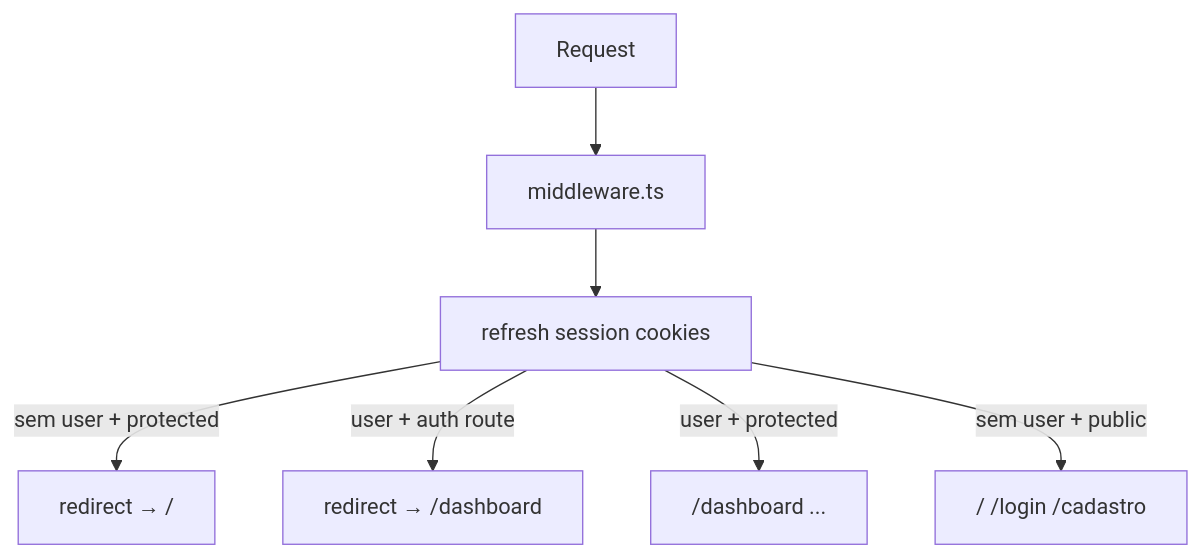
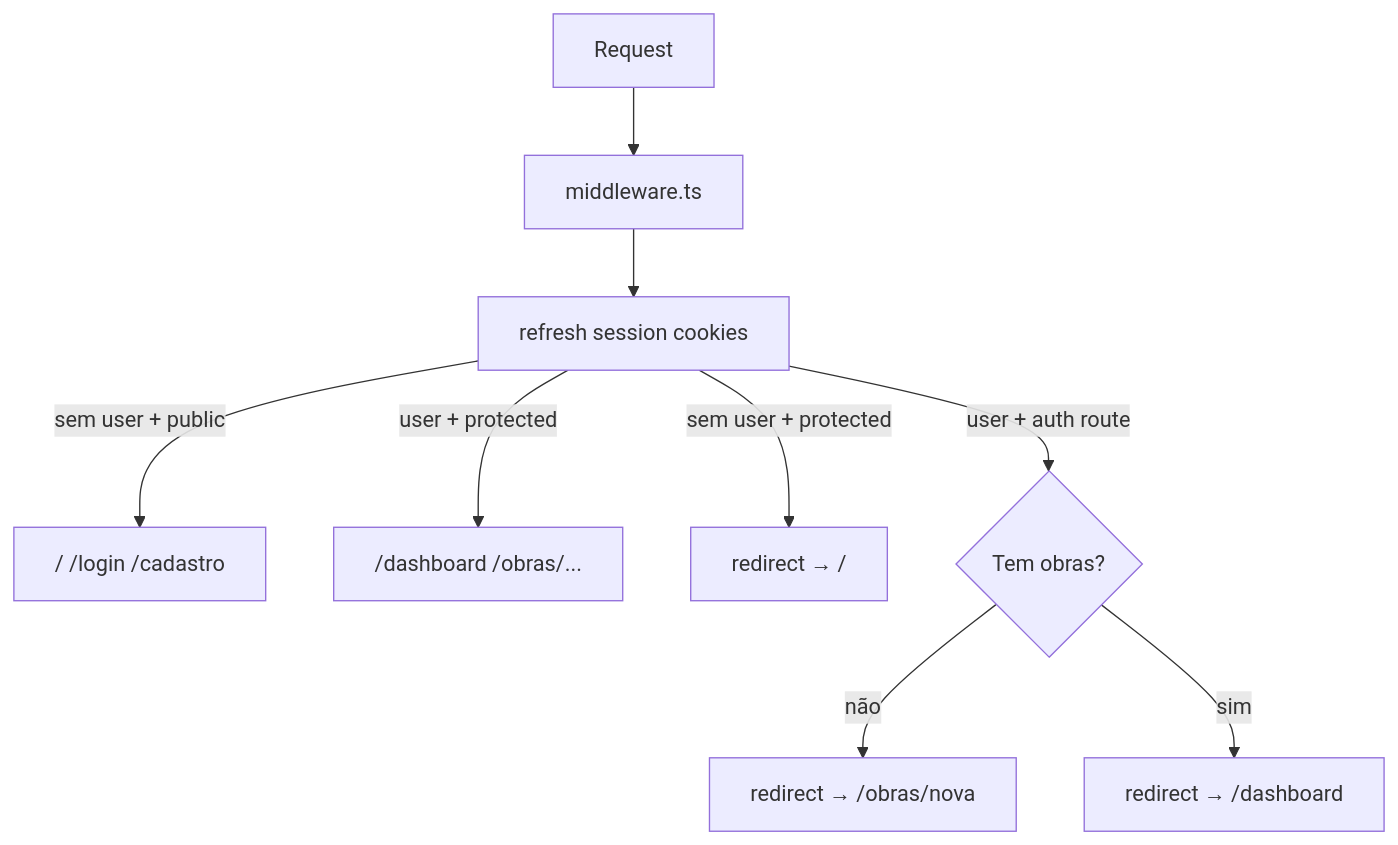
Before and after one commit to suporteobrioai-crypto/OBRIO: the second of 2 diagrams in docs/ARCHITECTURE.md, drawn with Mermaid. The commit also changed other lines of this file and 10 other files, not shown here.

````diff
--- a/docs/ARCHITECTURE.md
+++ b/docs/ARCHITECTURE.md
@@ -101,16 +101,20 @@
 ```mermaid
 flowchart TB
   Request["Request"]
   MW["middleware.ts"]
   Refresh["refresh session cookies"]
   Public["/ /login /cadastro"]
-  Protected["/dashboard ..."]
+  Protected["/dashboard /obras/..."]
   Login["redirect → /"]
+  Onboard["redirect → /obras/nova"]
   Dash["redirect → /dashboard"]
+  Check{"Tem obras?"}
 
   Request --> MW --> Refresh
   Refresh -->|sem user + protected| Login
-  Refresh -->|user + auth route| Dash
+  Refresh -->|user + auth route| Check
+  Check -->|não| Onboard
+  Check -->|sim| Dash
   Refresh -->|user + protected| Protected
   Refresh -->|sem user + public| Public
 ```
````
